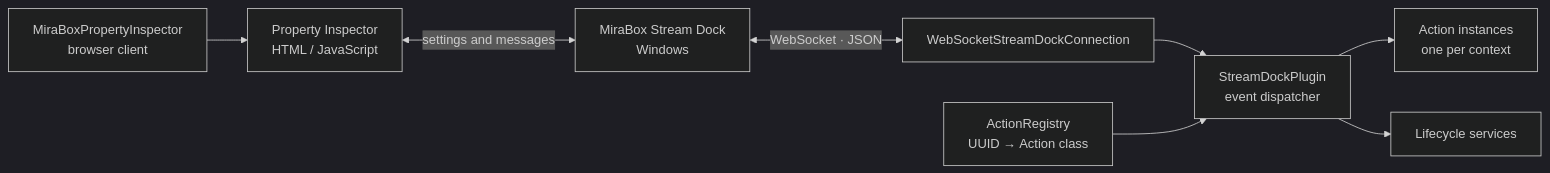
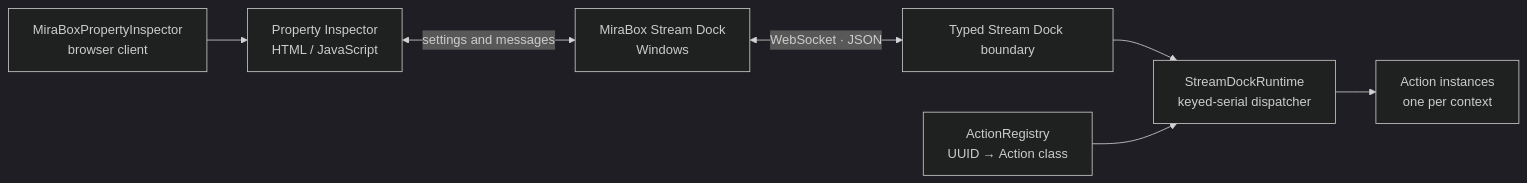
Before and after one commit to Nekit678/MiraboxStreamDockSDK: the diagram in README.md, drawn with Mermaid (dark theme). The commit also changed other lines of this file and 50 other files, not shown here.

Commit message:
stabilize typed runtime and remove legacy default

````diff
--- a/README.md
+++ b/README.md
@@ -90,10 +90,9 @@
 ```mermaid
 flowchart LR
-    App["MiraBox Stream Dock<br>Windows"] <-->|"WebSocket · JSON"| Connection["WebSocketStreamDockConnection"]
-    Connection --> Runtime["StreamDockPlugin<br>event dispatcher"]
+    App["MiraBox Stream Dock<br>Windows"] <-->|"WebSocket · JSON"| Boundary["Typed Stream Dock boundary"]
+    Boundary --> Runtime["StreamDockRuntime<br>keyed-serial dispatcher"]
     Registry["ActionRegistry<br>UUID → Action class"] --> Runtime
     Runtime --> Actions["Action instances<br>one per context"]
-    Runtime --> Services["Lifecycle services"]
     PI["Property Inspector<br>HTML / JavaScript"] <-->|"settings and messages"| App
     Client["MiraBoxPropertyInspector<br>browser client"] --> PI
 ```
````
